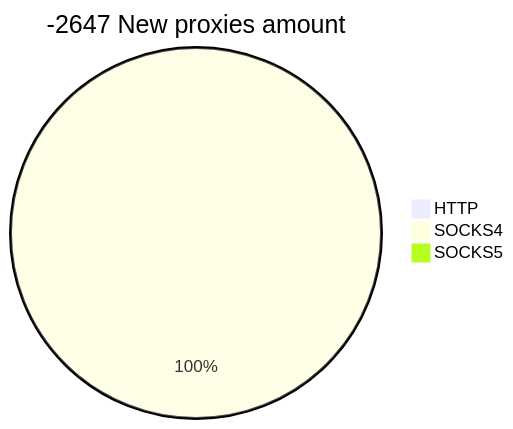
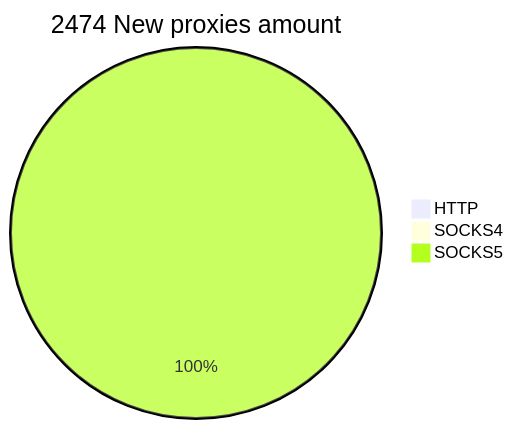
The second of 2 diagrams in README.md (cutipu/proxylist), drawn with Mermaid before and after one commit. The commit also changed other lines of this file, not shown here.

````diff
--- a/README.md
+++ b/README.md
@@ -10,6 +10,6 @@
 ```mermaid
-pie title -2647 New proxies amount
+pie title 2474 New proxies amount
     "HTTP" : 0
-    "SOCKS4" : 2
-    "SOCKS5" : 0
+    "SOCKS4" : 1
+    "SOCKS5" : 2473
 ```
````
